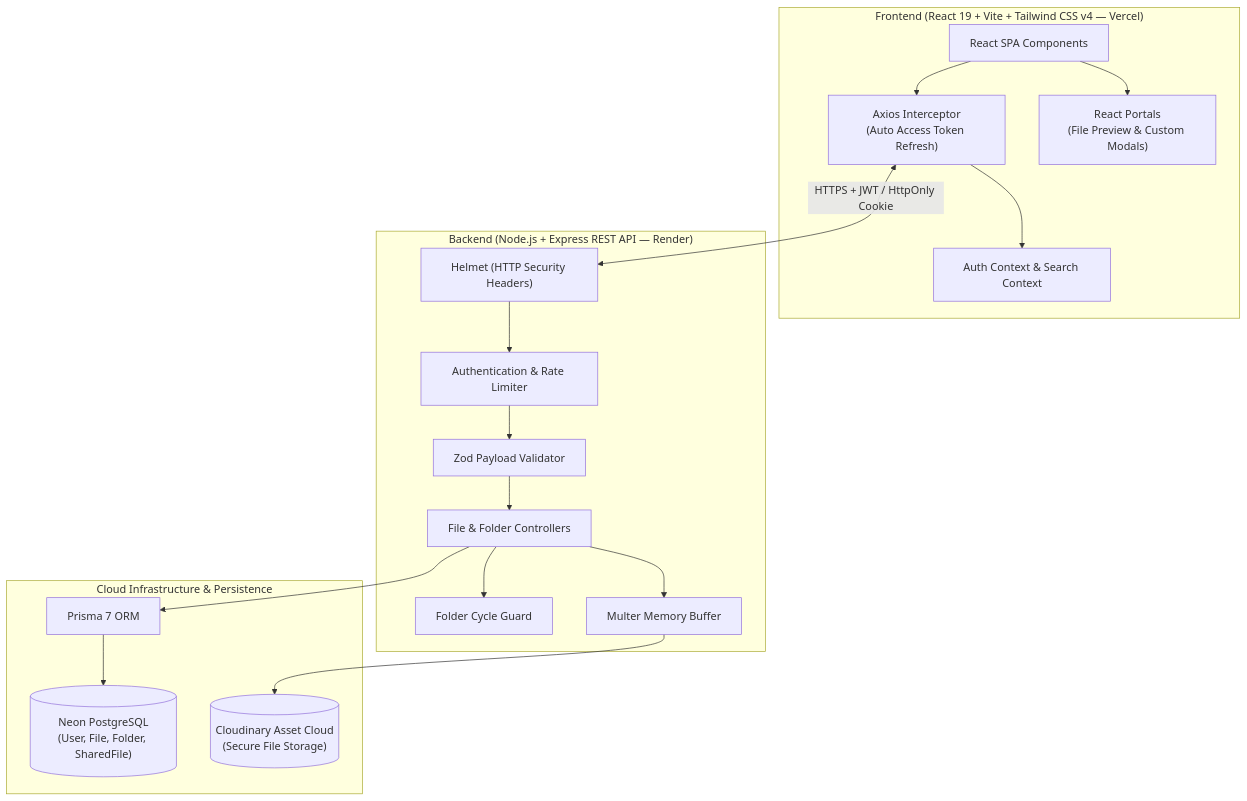
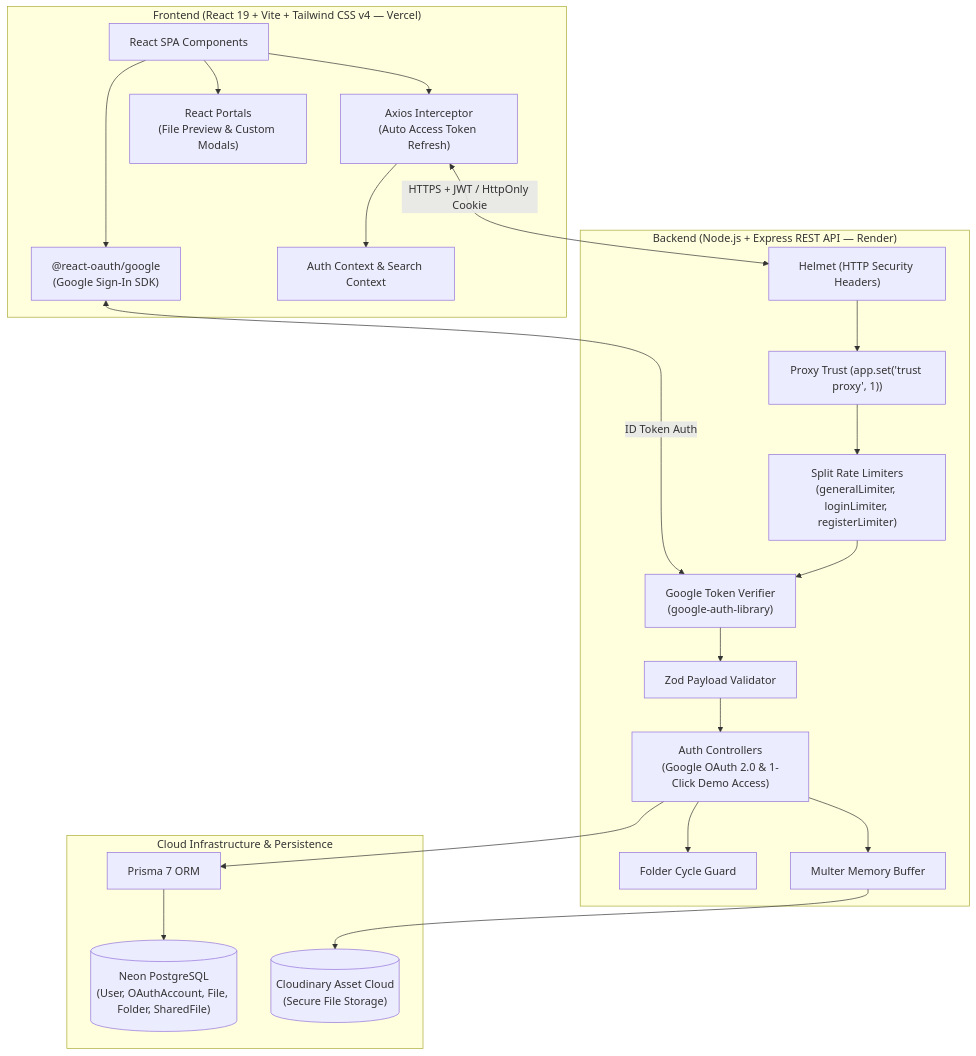
The diagram in README.md (SahilSameer18/vaultDrive), drawn with Mermaid before and after one commit. The commit also changed other lines of this file, not shown here.

Commit message:
docs: update readme with oauth architecture, mermaid diagram, and reviewer quickstart

````diff
--- a/README.md
+++ b/README.md
@@ -25,39 +35,46 @@
 ```mermaid
 flowchart TD
     subgraph Client ["Frontend (React 19 + Vite + Tailwind CSS v4 — Vercel)"]
         UI["React SPA Components"]
         AXIOS["Axios Interceptor\n(Auto Access Token Refresh)"]
+        GOOGLE_SDK["@react-oauth/google\n(Google Sign-In SDK)"]
         STORE["Auth Context & Search Context"]
         PORTAL["React Portals\n(File Preview & Custom Modals)"]
         UI --> AXIOS
+        UI --> GOOGLE_SDK
         AXIOS --> STORE
         UI --> PORTAL
     end
 
     subgraph Server ["Backend (Node.js + Express REST API — Render)"]
         HELMET["Helmet (HTTP Security Headers)"]
-        AUTH_MW["Authentication & Rate Limiter"]
+        PROXY["Proxy Trust (app.set('trust proxy', 1))"]
+        AUTH_MW["Split Rate Limiters\n(generalLimiter, loginLimiter, registerLimiter)"]
+        GOOGLE_VERIFIER["Google Token Verifier\n(google-auth-library)"]
         VALIDATOR["Zod Payload Validator"]
-        CONTROLLER["File & Folder Controllers"]
+        CONTROLLER["Auth Controllers\n(Google OAuth 2.0 & 1-Click Demo Access)"]
         CYCLE_GUARD["Folder Cycle Guard"]
         MULTER["Multer Memory Buffer"]
 
-        HELMET --> AUTH_MW
-        AUTH_MW --> VALIDATOR
+        HELMET --> PROXY
+        PROXY --> AUTH_MW
+        AUTH_MW --> GOOGLE_VERIFIER
+        GOOGLE_VERIFIER --> VALIDATOR
         VALIDATOR --> CONTROLLER
         CONTROLLER --> CYCLE_GUARD
         CONTROLLER --> MULTER
     end
 
     subgraph Infrastructure ["Cloud Infrastructure & Persistence"]
         PRISMA["Prisma 7 ORM"]
-        NEON[("Neon PostgreSQL\n(User, File, Folder, SharedFile)")]
+        NEON[("Neon PostgreSQL\n(User, OAuthAccount, File, Folder, SharedFile)")]
         CLOUDINARY[("Cloudinary Asset Cloud\n(Secure File Storage)")]
 
         PRISMA --> NEON
         MULTER --> CLOUDINARY
         CONTROLLER --> PRISMA
     end
 
+    GOOGLE_SDK <-->|ID Token Auth| GOOGLE_VERIFIER
     AXIOS <-->|HTTPS + JWT / HttpOnly Cookie| HELMET
 ```
````
